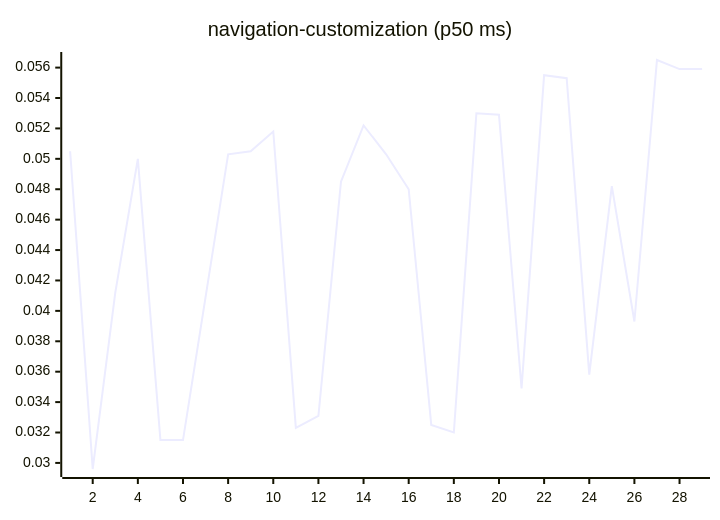
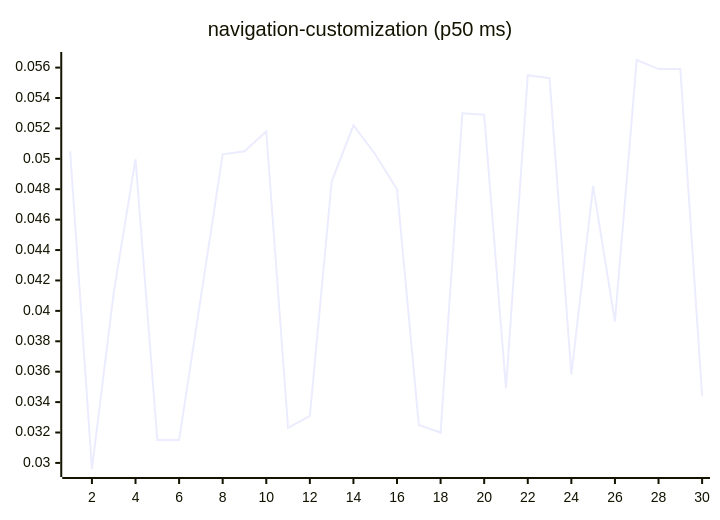
Before and after one commit to josha/Facet: diagram 15 of 27 in README.md, drawn with Mermaid. The commit also changed other lines of this file and 2 other files, not shown here.

````diff
--- a/README.md
+++ b/README.md
@@ -161,6 +161,6 @@
 ```mermaid
 xychart-beta
     title "navigation-customization (p50 ms)"
-    x-axis 1 --> 29
-    line [0.0505, 0.0296, 0.0412, 0.0500, 0.0315, 0.0315, 0.0409, 0.0503, 0.0505, 0.0518, 0.0323, 0.0331, 0.0485, 0.0522, 0.0503, 0.0480, 0.0325, 0.0320, 0.0530, 0.0529, 0.0349, 0.0555, 0.0553, 0.0358, 0.0482, 0.0393, 0.0565, 0.0559, 0.0559]
+    x-axis 1 --> 30
+    line [0.0505, 0.0296, 0.0412, 0.0500, 0.0315, 0.0315, 0.0409, 0.0503, 0.0505, 0.0518, 0.0323, 0.0331, 0.0485, 0.0522, 0.0503, 0.0480, 0.0325, 0.0320, 0.0530, 0.0529, 0.0349, 0.0555, 0.0553, 0.0358, 0.0482, 0.0393, 0.0565, 0.0559, 0.0559, 0.0344]
 ```
````
